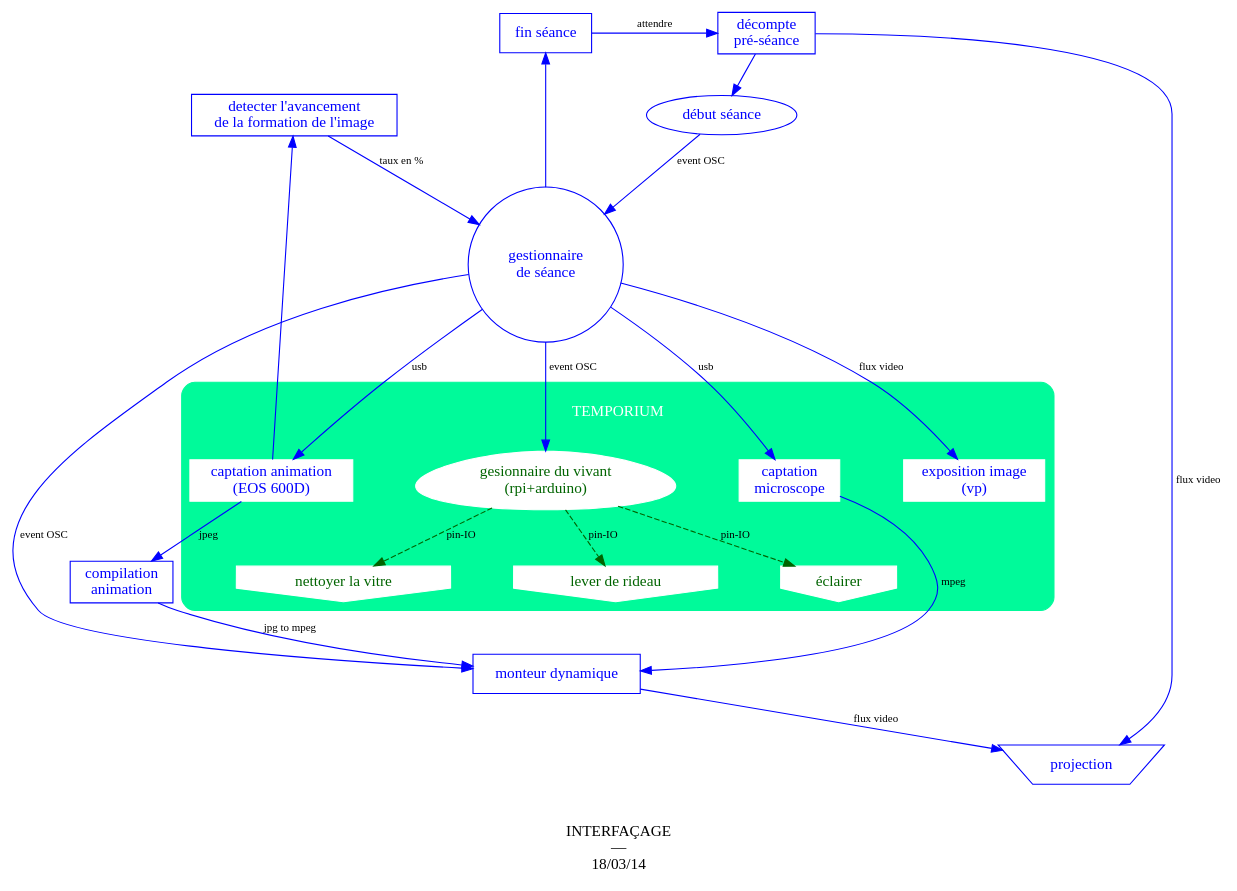
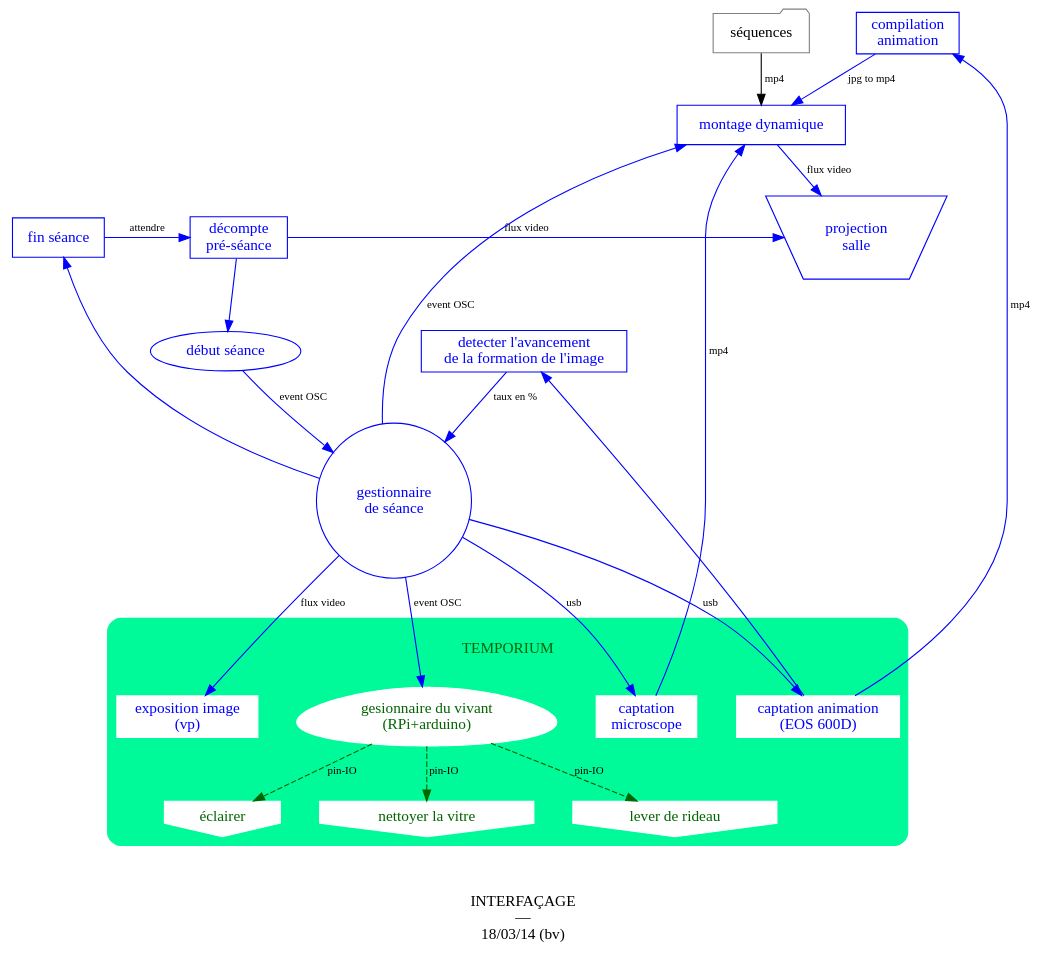
One commit to dcfvg/temporium changed the diagram in doc/interface.dot. Above: the diagram before and after it, drawn with Graphviz.

Commit message:
update diagram

```diff
--- a/doc/interface.dot
+++ b/doc/interface.dot
@@ -1,90 +1,93 @@
 digraph {
-  label="\n\nINTERFAÇAGE\n—\n 18/03/14"
+  label="\n\nINTERFAÇAGE\n—\n 18/03/14 (bv)"
   
   rankdir="TB"
-  nodesep = .8
+  nodesep = .5
   
   fontsize=14
   fontname="myriadpro"
   
   node[fontsize=14, fontname="myriadpro", fontcolor=blue, color=blue, shape=box]
   edge[fontsize=10, fontname="monaco", color=blue]
   
   subgraph cluster_tempo {
     
     label="\nTEMPORIUM\n\n"
     style="filled"
     color=mediumspringgreen
 		style="filled,rounded"
-		fontcolor=white
+		fontcolor=darkgreen
 
     node[style="filled", color=white]
 
 
     capta_micro
     capta_macro
 		expo_vp
 
 		node[style="filled", fontcolor=darkgreen, shape=invhouse]
     edge[color=darkgreen]
 		tempo_eclairage
     tempo_nettoyage
     tempo_devoiler
 		life_manager
 		life_manager -> {tempo_eclairage, tempo_nettoyage, tempo_devoiler}  [label=" pin-IO", style="dashed"]
 	  
   }
 	
   {montage_dynamique,seance_decompte} -> projection [label=" flux video"]
+  detecter_formation -> conduite [label=" taux en %"] 
 
-  
 	conduite -> life_manager 							[label=" event OSC"]
   conduite -> seance_end 								[label=" "]
 	conduite -> {capta_macro,capta_micro} [label=" usb"]
 	conduite -> expo_vp 									[label=" flux video"]
-
-
-  detecter_formation -> conduite [label=" taux en %"] 
   
   seance_end -> seance_decompte [label=" attendre"]
   seance_start -> conduite  -> montage_dynamique [label=" event OSC"]
   seance_decompte -> seance_start
     
-  capta_micro -> montage_dynamique   [label=" mpeg"]
-  capta_macro -> capta_macro_compil [label=" jpeg"]
-  capta_macro_compil -> montage_dynamique [label=" jpg to mpeg"]
+  capta_micro -> montage_dynamique   			[label=" mp4"]
+  capta_macro -> capta_macro_compil 			[label=" mp4"]
+  capta_macro_compil -> montage_dynamique [label=" jpg to mp4"]
   capta_macro -> detecter_formation
   
+	node[color=grey,fontcolor=black]
+	edge[color=black]
+	rush -> montage_dynamique	[label=" mp4"]
   
 	// ranking
 	{
 		rank="same"
 		seance_end
 		seance_decompte
+		projection
+		
 	}
 	
 	// labels
 	{
       seance_end      	[label="fin séance"]
       seance_decompte 	[label="décompte\npré-séance"]
       seance_start    	[label="début séance", shape=oval]
  
       capta_micro	  		[label="captation\nmicroscope"]
       capta_macro	  		[label="captation animation\n(EOS 600D)"]
  			capta_macro_compil[label="compilation\nanimation"]
 
       tempo_eclairage 	[label="éclairer"]
       tempo_nettoyage 	[label="nettoyer la vitre"]
       tempo_devoiler  	[label="lever de rideau"]
 
 			detecter_formation[label="detecter l'avancement\nde la formation de l'image"]
 
-			life_manager			[label="gesionnaire du vivant\n(rpi+arduino)", shape=egg]
-			projection				[shape=invtrapezium]
+			life_manager			[label="gesionnaire du vivant\n(RPi+arduino)", shape=egg]
+			projection				[label="projection\nsalle",shape=invtrapezium]
 			expo_vp						[label="exposition image\n(vp)"]
 			conduite					[label="gestionnaire\nde séance"shape=circle]
 			
-			montage_dynamique [label="monteur dynamique"]
+			montage_dynamique [label="montage dynamique"]
+			rush							[label="séquences", shape=folder]
 	}
 
 }
```
